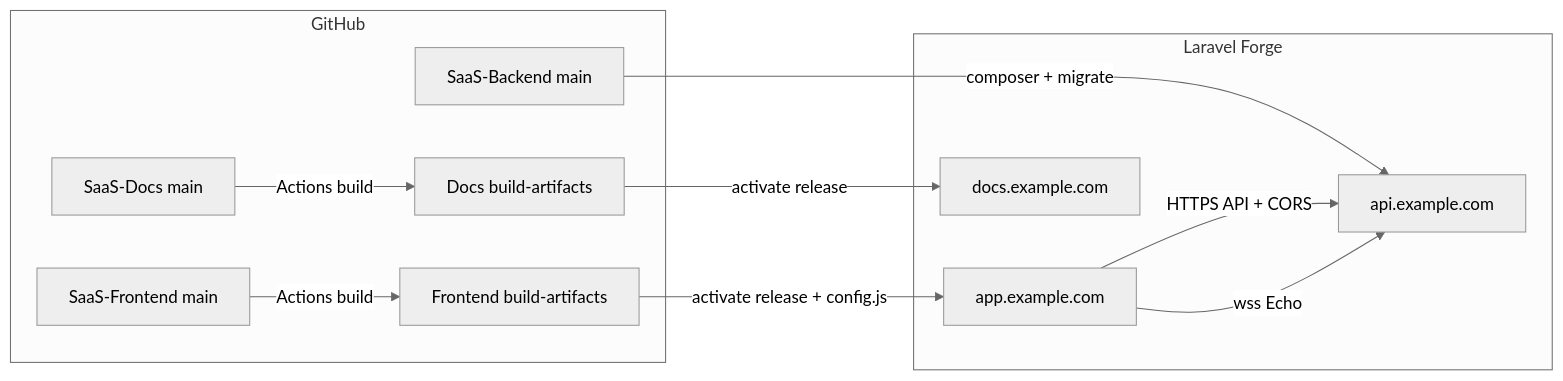
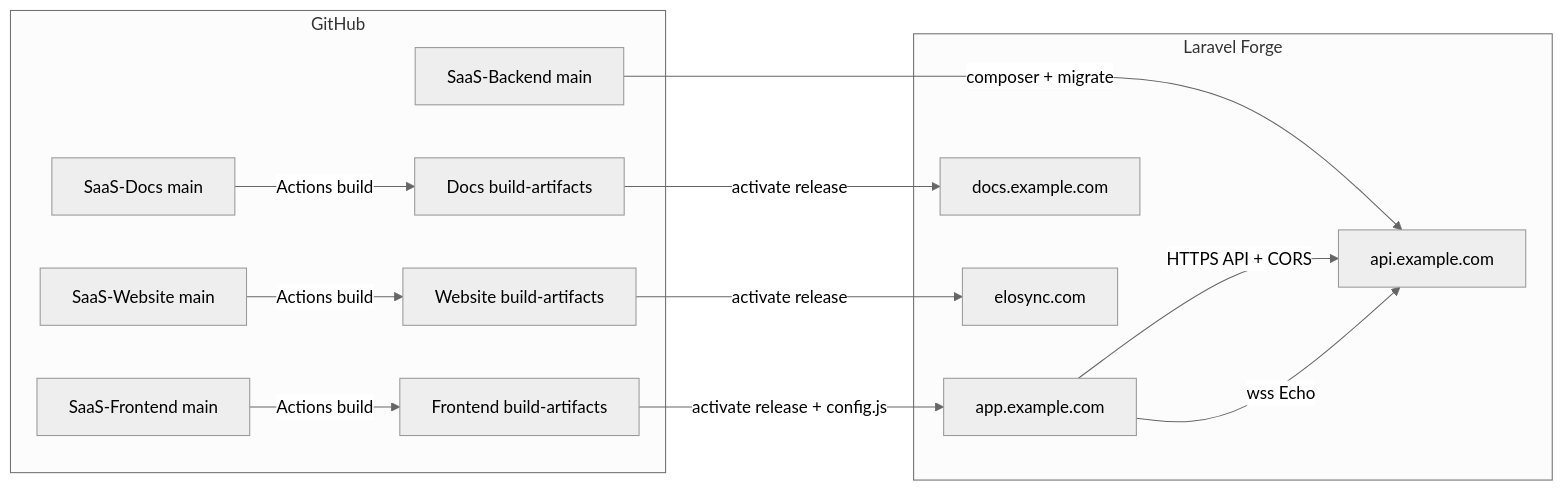
The diagram in docs/deployment/laravel-forge.md (DiligentCreators/EloSync-Docs), drawn with Mermaid (neutral theme) before and after one commit. The commit also changed other lines of this file and 4 other files, not shown here.

````diff
--- a/docs/deployment/laravel-forge.md
+++ b/docs/deployment/laravel-forge.md
@@ -17,22 +18,27 @@
 ```mermaid
 flowchart LR
   subgraph github [GitHub]
     Bmain[SaaS-Backend main]
     Fmain[SaaS-Frontend main]
     Dmain[SaaS-Docs main]
+    Wmain[SaaS-Website main]
     Fart[Frontend build-artifacts]
     Dart[Docs build-artifacts]
+    Wart[Website build-artifacts]
   end
   subgraph forge [Laravel Forge]
     API[api.example.com]
     APP[app.example.com]
     DOCS[docs.example.com]
+    WEB[elosync.com]
   end
   Bmain -->|composer + migrate| API
   Fmain -->|Actions build| Fart
   Dmain -->|Actions build| Dart
+  Wmain -->|Actions build| Wart
   Fart -->|activate release + config.js| APP
   Dart -->|activate release| DOCS
+  Wart -->|activate release| WEB
   APP -->|HTTPS API + CORS| API
   APP -->|wss Echo| API
 ```
````
